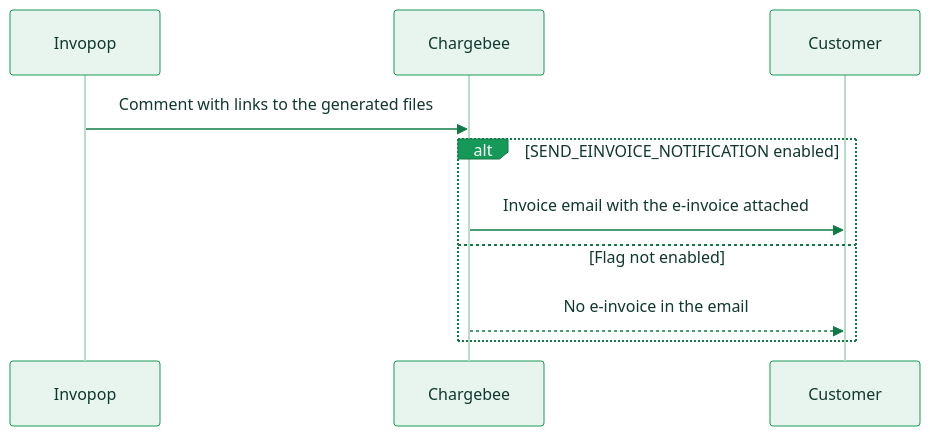
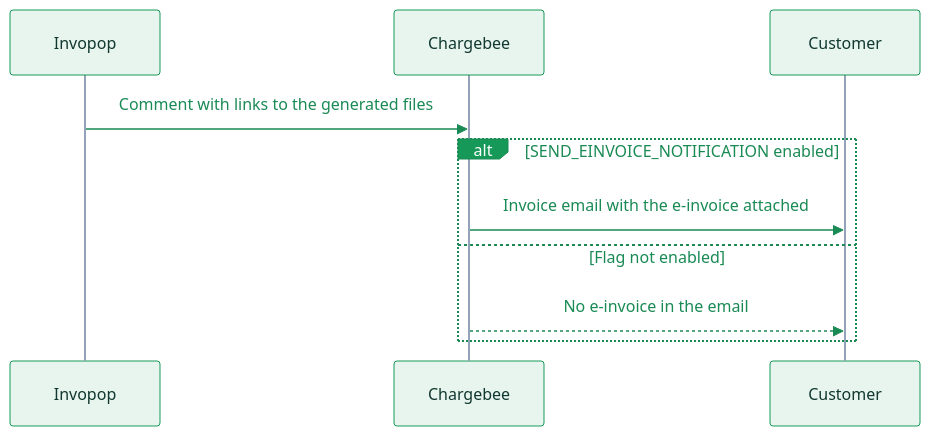
One commit to invopop/docs.invopop.com changed the diagram in guides/cb-germany.mdx. Above: the diagram before and after it, drawn with Mermaid.

Commit message:
Make the Chargebee email diagram readable in dark mode
The arrows, message text and branch labels used dark greens that
vanished on the dark theme. Use a mid green with similar contrast on
both backgrounds, and a grey for the lifelines.

````diff
--- a/guides/cb-germany.mdx
+++ b/guides/cb-germany.mdx
@@ -38,13 +38,13 @@
 ```mermaid
-%%{init: {'theme':'base','themeVariables':{'actorBkg':'#e8f5ee','actorBorder':'#169958','actorTextColor':'#103830','actorLineColor':'#bcdccb','signalColor':'#0f7a45','signalTextColor':'#103830','noteBkgColor':'#ffffff','noteBorderColor':'#169958','noteTextColor':'#103830','labelBoxBkgColor':'#169958','labelBoxBorderColor':'#0f7a45','labelTextColor':'#ffffff','sequenceNumberColor':'#ffffff'}}}%%
+%%{init: {'theme':'base','themeVariables':{'actorBkg':'#e8f5ee','actorBorder':'#169958','actorTextColor':'#103830','actorLineColor':'#94a3b8','signalColor':'#1a8a55','signalTextColor':'#1a8a55','loopTextColor':'#1a8a55','noteBkgColor':'#ffffff','noteBorderColor':'#169958','noteTextColor':'#103830','labelBoxBkgColor':'#169958','labelBoxBorderColor':'#1a8a55','labelTextColor':'#ffffff','sequenceNumberColor':'#ffffff'}}}%%
 sequenceDiagram
     participant IV as Invopop
     participant CB as Chargebee
     participant C as Customer
     IV->>CB: Comment with links to the generated files
     alt SEND_EINVOICE_NOTIFICATION enabled
         CB->>C: Invoice email with the e-invoice attached
     else Flag not enabled
         CB-->>C: No e-invoice in the email
     end
 ```
````
